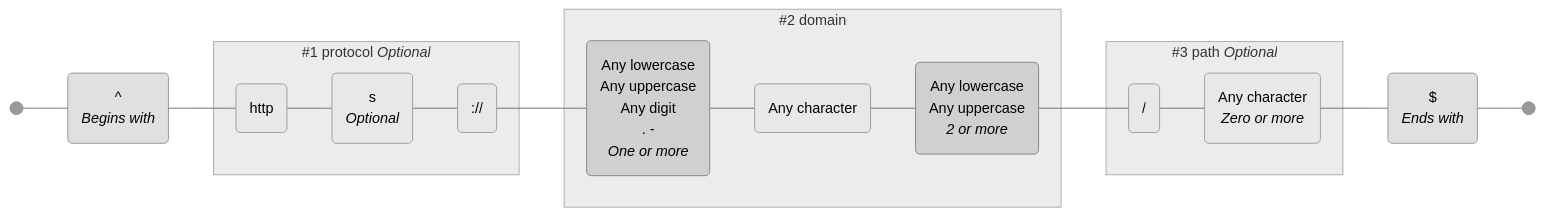
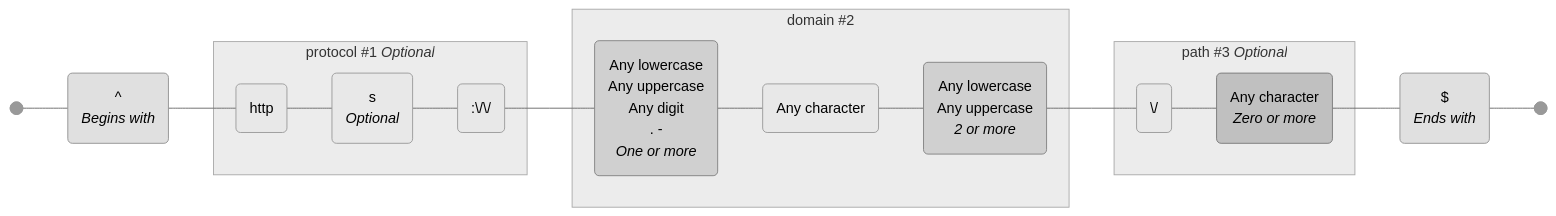
One commit to tayles/regex-to-mermaid changed the second of 5 diagrams in THEMES.md. Above: the diagram before and after it, drawn with Mermaid. The commit also changed other lines of this file and 89 other files, not shown here.

````diff
--- a/THEMES.md
+++ b/THEMES.md
@@ -129,67 +152,68 @@
 ```mermaid
 ---
 config:
   theme: neutral
 ---
 
 graph LR
   accTitle: "Regex: ^(?<protocol>https?:\\/\\/)?(?<domain>[a-zA-Z0-9.-]+\\.[a-zA-Z]{2,})(?<path>\\/.*)?$"
-  accDescr: "Generated with regex-to-mermaid@1.0.4"
+  accDescr: "Generated with regex-to-mermaid@2.0.0"
 
   %% Nodes
   start@{ shape: f-circ };
   fin@{ shape: f-circ };
   assertion_1("^<br><i>Begins with</i>"):::assertion;
   literal_1("http"):::literal;
   literal_2("s<br><i>Optional</i>"):::literal;
-  literal_3("://"):::literal;
+  literal_3(":\/\/"):::literal;
   char_class_1("Any lowercase<br>Any uppercase<br>Any digit<br>. -<br><i>One or more</i>"):::char-class;
   literal_4("Any character"):::literal;
   char_class_2("Any lowercase<br>Any uppercase<br><i>2 or more</i>"):::char-class;
-  literal_5("/"):::literal;
-  literal_6("Any character<br><i>Zero or more</i>"):::literal;
+  literal_5("\/"):::literal;
+  char_set_1("Any character<br><i>Zero or more</i>"):::char-set;
   assertion_2("$<br><i>Ends with</i>"):::assertion;
 
   %% Subgraphs
-  subgraph named_capture_1 ["#1 protocol <i>Optional</i>"]
+  subgraph named_capture_1 ["protocol #1 <i>Optional</i>"]
     literal_1
     literal_2
     literal_3
   end
 
-  subgraph named_capture_2 ["#2 domain"]
+  subgraph named_capture_2 ["domain #2"]
     char_class_1
     literal_4
     char_class_2
   end
 
-  subgraph named_capture_3 ["#3 path <i>Optional</i>"]
+  subgraph named_capture_3 ["path #3 <i>Optional</i>"]
     literal_5
-    literal_6
+    char_set_1
   end
 
   %% Edges
   start --- assertion_1;
   assertion_1 --- literal_1;
   literal_1 --- literal_2;
   literal_2 --- literal_3;
   literal_3 --- char_class_1;
   char_class_1 --- literal_4;
   literal_4 --- char_class_2;
   char_class_2 --- literal_5;
-  literal_5 --- literal_6;
-  literal_6 --- assertion_2;
+  literal_5 --- char_set_1;
+  char_set_1 --- assertion_2;
   assertion_2 --- fin;
 
   %% Styles
   %% Node Styling
   classDef assertion fill:#E0E0E0,stroke:#909090;
   classDef literal fill:#E8E8E8,stroke:#999999;
   classDef char-class fill:#D0D0D0,stroke:#808080;
+  classDef char-set fill:#C0C0C0,stroke:#787878;
 
   %% Group Styling
   classDef named-capture fill:#ECECEC,stroke:#A8A8A8;
 
   %% Apply Group Classes
   class named_capture_1,named_capture_2,named_capture_3 named-capture;
 ```
````
